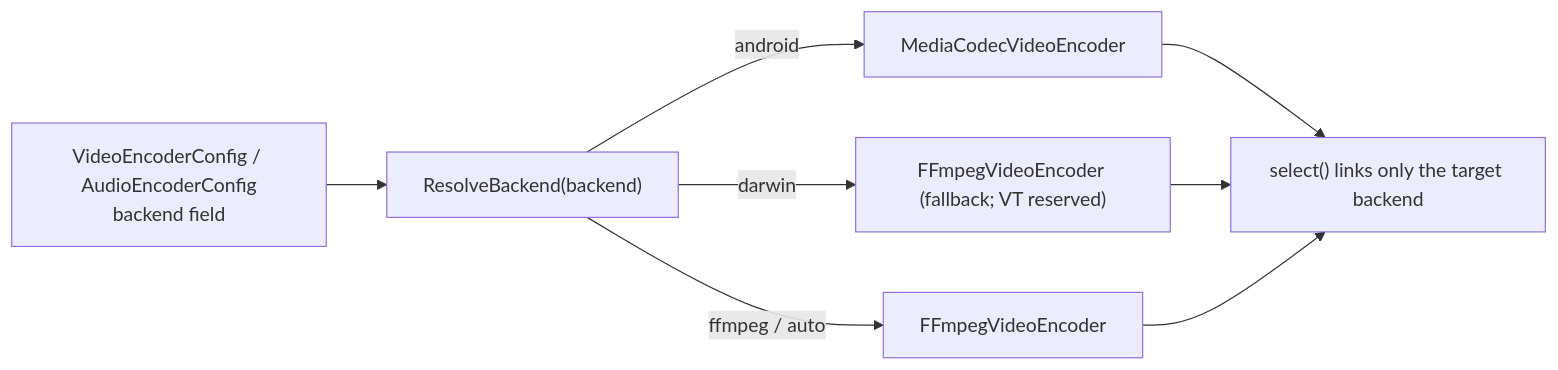
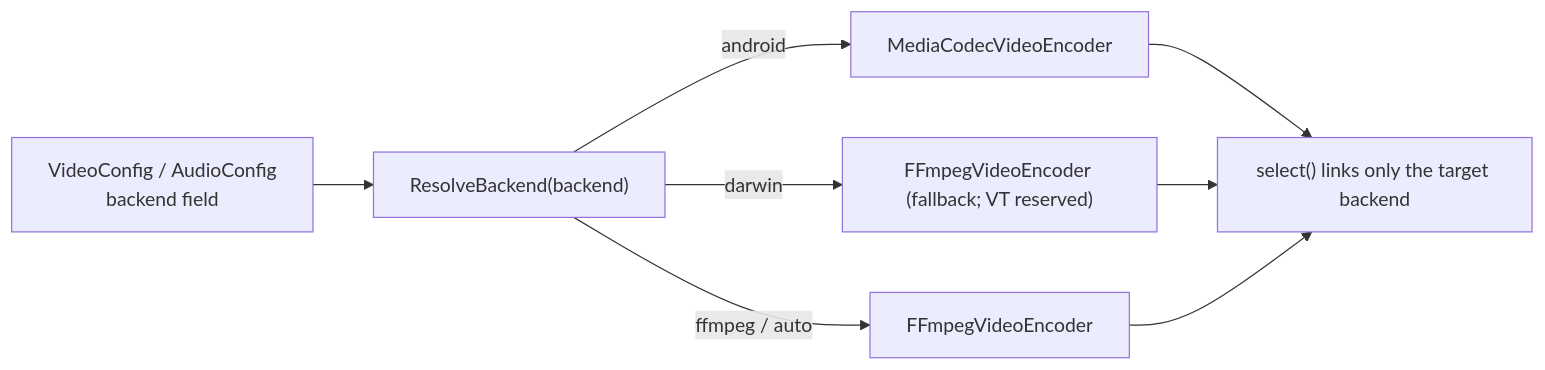
The third of 7 diagrams in specs/002-architecture-engineering-design/plan.md (oxsource/video_codec), drawn with Mermaid before and after one commit. The commit also changed 32 other files, not shown here.

First line of the commit message:
refactor(core): drop Encoder from Config/Creator/factory names

````diff
--- a/specs/002-architecture-engineering-design/plan.md
+++ b/specs/002-architecture-engineering-design/plan.md
@@ -209,11 +209,11 @@
 ```mermaid
 flowchart LR
-    CFG["VideoEncoderConfig / AudioEncoderConfig<br/>backend field"]
+    CFG["VideoConfig / AudioConfig<br/>backend field"]
     CFG --> RES["ResolveBackend(backend)"]
     RES -->|android| B1["MediaCodecVideoEncoder"]
     RES -->|darwin| B2["FFmpegVideoEncoder (fallback; VT reserved)"]
     RES -->|ffmpeg / auto| B3["FFmpegVideoEncoder"]
     B1 --> SEL["select() links only the target backend"]
     B2 --> SEL
     B3 --> SEL
 ```
````
